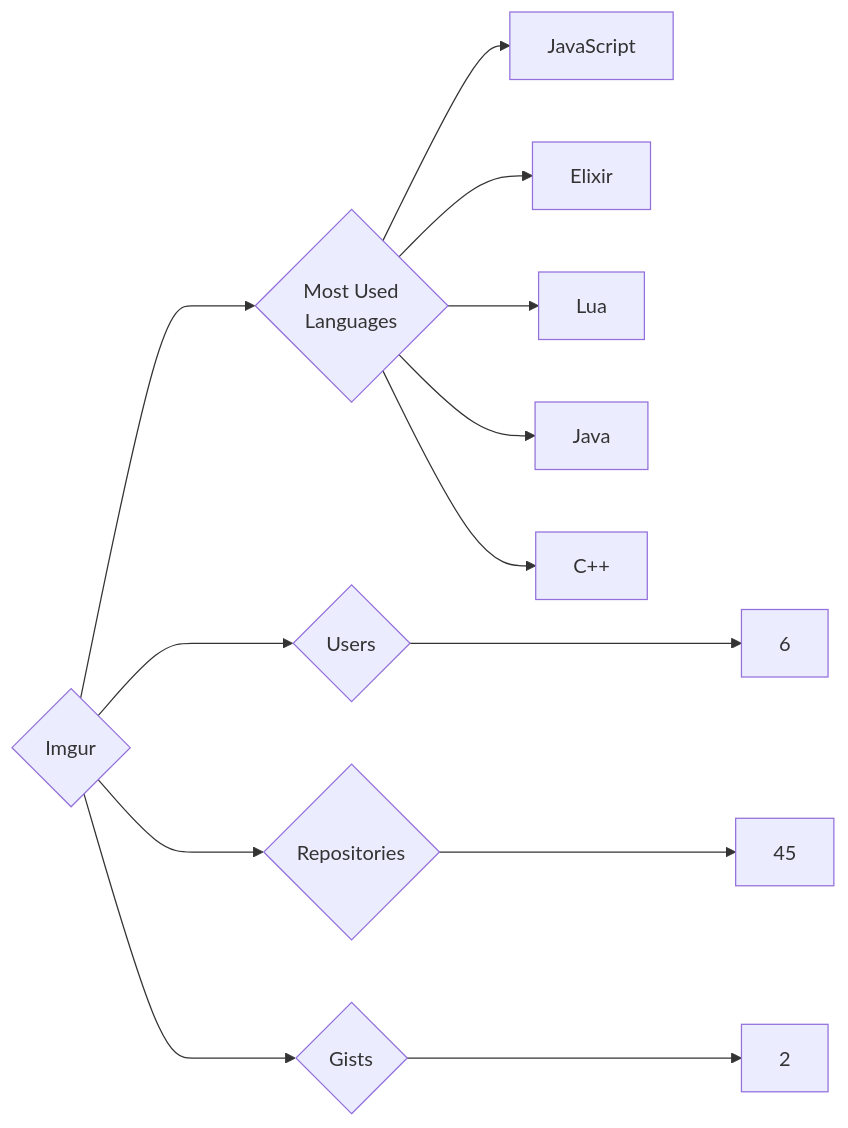
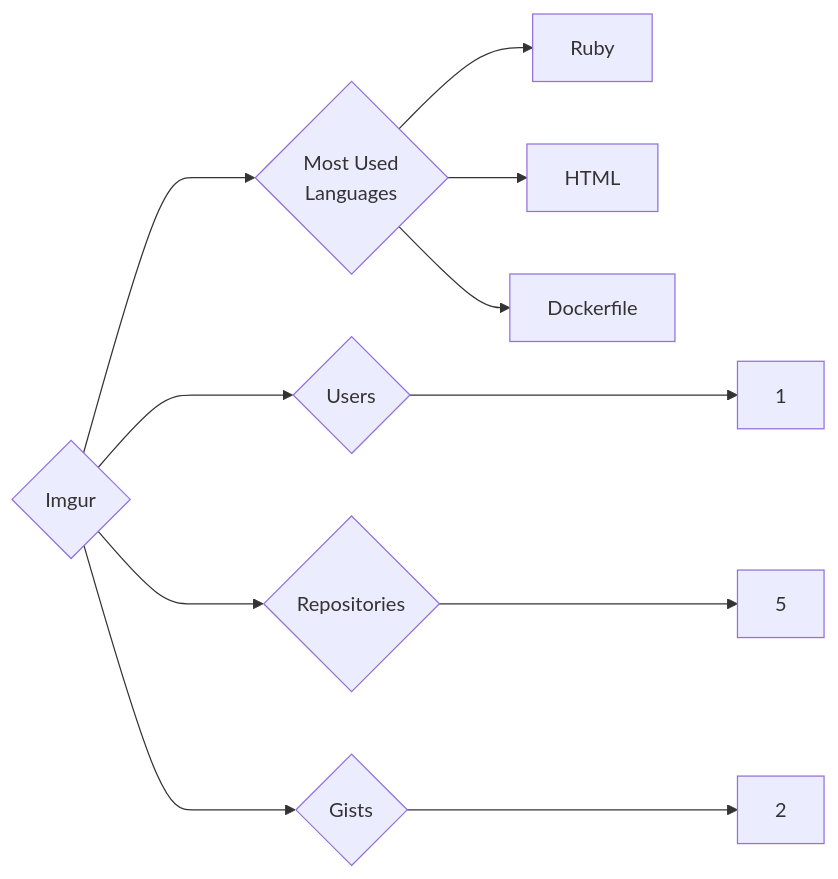
Before and after one commit to trickest/insiders: the diagram in targets/Imgur/README.md, drawn with Mermaid. The commit also changed 873 other files, not shown here.

````diff
--- a/targets/Imgur/README.md
+++ b/targets/Imgur/README.md
@@ -3,13 +3,11 @@
 ```mermaid
 graph LR
 COMPANY_NAME{Imgur}
-COMPANY_NAME ---> U{Users} ---> UN[6]
-COMPANY_NAME ---> R{Repositories} ---> RN[45]
+COMPANY_NAME ---> U{Users} ---> UN[1]
+COMPANY_NAME ---> R{Repositories} ---> RN[5]
 COMPANY_NAME ---> G{Gists} ---> GN[2]
 COMPANY_NAME ---> ML{Most Used<br>Languages}
-ML --> JavaScript[JavaScript]
-ML --> Elixir[Elixir]
-ML --> Lua[Lua]
-ML --> Java[Java]
-ML --> C++[C++]
+ML --> Ruby[Ruby]
+ML --> HTML[HTML]
+ML --> Dockerfile[Dockerfile]
 ```
````
